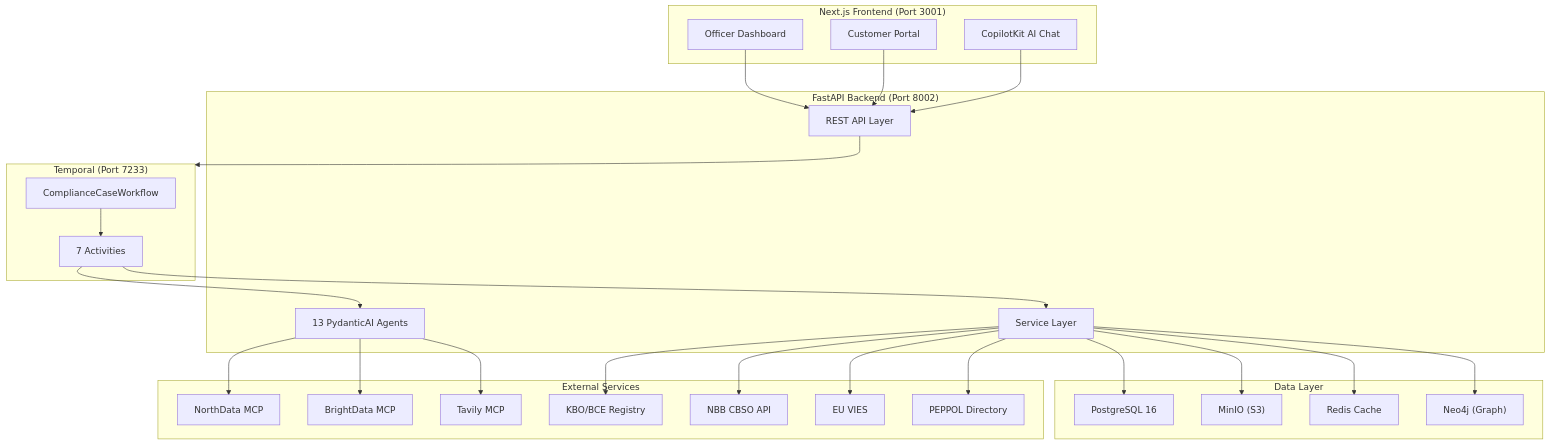
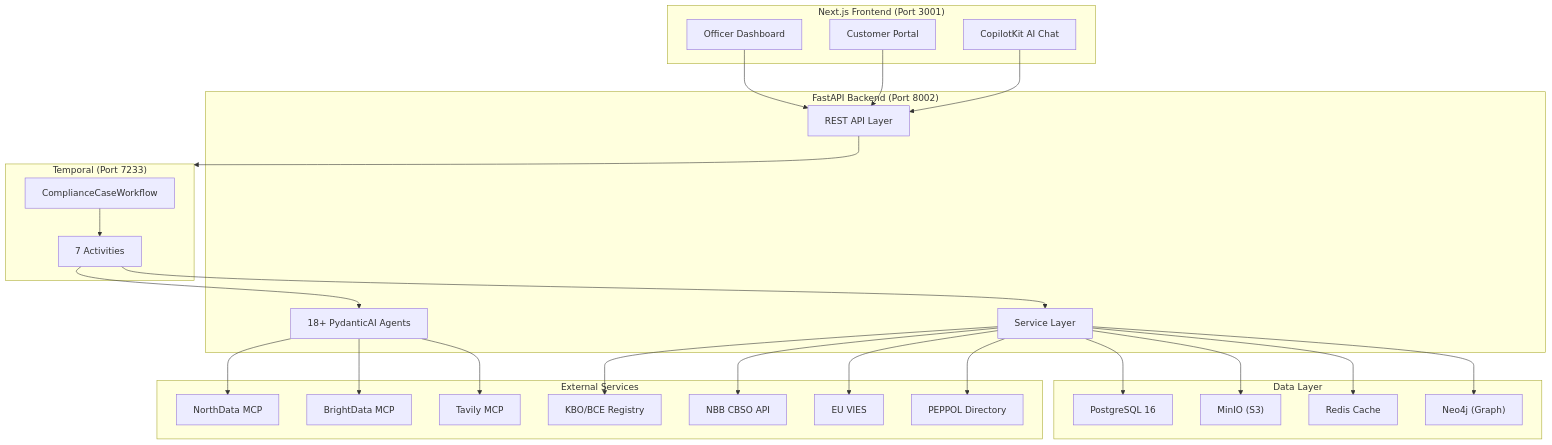
The diagram in docs/architecture/overview.md (Tsunami-max/trust-relay-docs), drawn with Mermaid before and after one commit. The commit also changed other lines of this file and 46 other files, not shown here.

First line of the commit message:
docs: complete documentation overhaul — trust lifecycle vision, pillar architecture, regulatory compliance

````diff
--- a/docs/architecture/overview.md
+++ b/docs/architecture/overview.md
@@ -14,55 +14,55 @@
 ```mermaid
 graph TB
     subgraph Frontend["Next.js Frontend (Port 3001)"]
         Dashboard["Officer Dashboard"]
         Portal["Customer Portal"]
         CopilotKit["CopilotKit AI Chat"]
     end
 
     subgraph Backend["FastAPI Backend (Port 8002)"]
         API["REST API Layer"]
-        Agents["13 PydanticAI Agents"]
+        Agents["18+ PydanticAI Agents"]
         Services["Service Layer"]
     end
 
     subgraph Temporal["Temporal (Port 7233)"]
         Workflow["ComplianceCaseWorkflow"]
         Activities["7 Activities"]
     end
 
     subgraph Storage["Data Layer"]
         PG["PostgreSQL 16"]
         MinIO["MinIO (S3)"]
         Redis["Redis Cache"]
         Neo4j["Neo4j (Graph)"]
     end
 
     subgraph External["External Services"]
         NorthData["NorthData MCP"]
         BrightData["BrightData MCP"]
         Tavily["Tavily MCP"]
         KBO["KBO/BCE Registry"]
         NBB["NBB CBSO API"]
         VIES["EU VIES"]
         PEPPOL["PEPPOL Directory"]
     end
 
     Dashboard --> API
     Portal --> API
     CopilotKit --> API
     API --> Temporal
     Workflow --> Activities
     Activities --> Agents
     Activities --> Services
     Agents --> NorthData
     Agents --> BrightData
     Agents --> Tavily
     Services --> KBO
     Services --> NBB
     Services --> VIES
     Services --> PEPPOL
     Services --> PG
     Services --> MinIO
     Services --> Redis
     Services --> Neo4j
 ```
````
